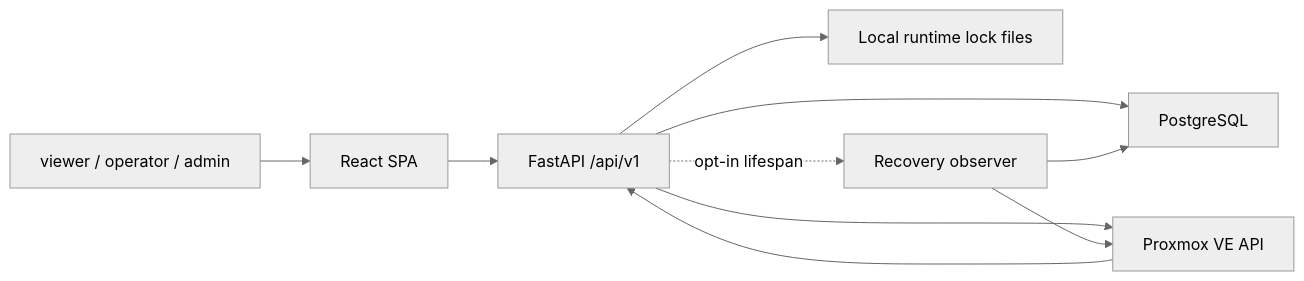
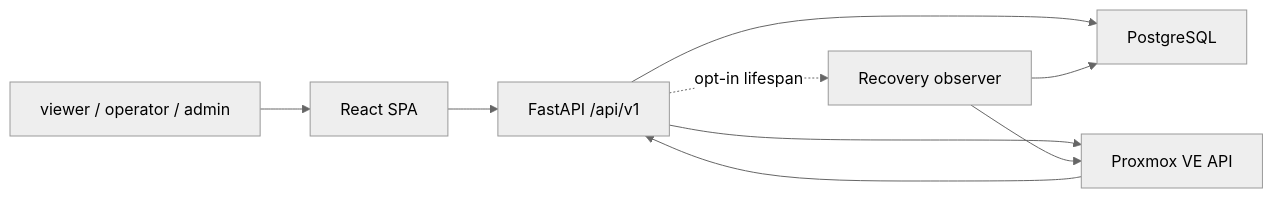
Before and after one commit to CodingPenguin-yoon/Gjallar: the diagram in project-docs/architecture/overview.md, drawn with Mermaid (neutral theme). The commit also changed other lines of this file and 194 other files, not shown here.

````diff
--- a/project-docs/architecture/overview.md
+++ b/project-docs/architecture/overview.md
@@ -20,12 +23,11 @@
 ```mermaid
 flowchart LR
     Operator["viewer / operator / admin"] --> UI["React SPA"]
     UI --> API["FastAPI /api/v1"]
     API --> PG["PostgreSQL"]
     API --> PVE["Proxmox VE API"]
-    API --> Files["Local runtime lock files"]
     API -. opt-in lifespan .-> Runner["Recovery observer"]
     Runner --> PG
     Runner --> PVE
     PVE --> API
 ```
````
